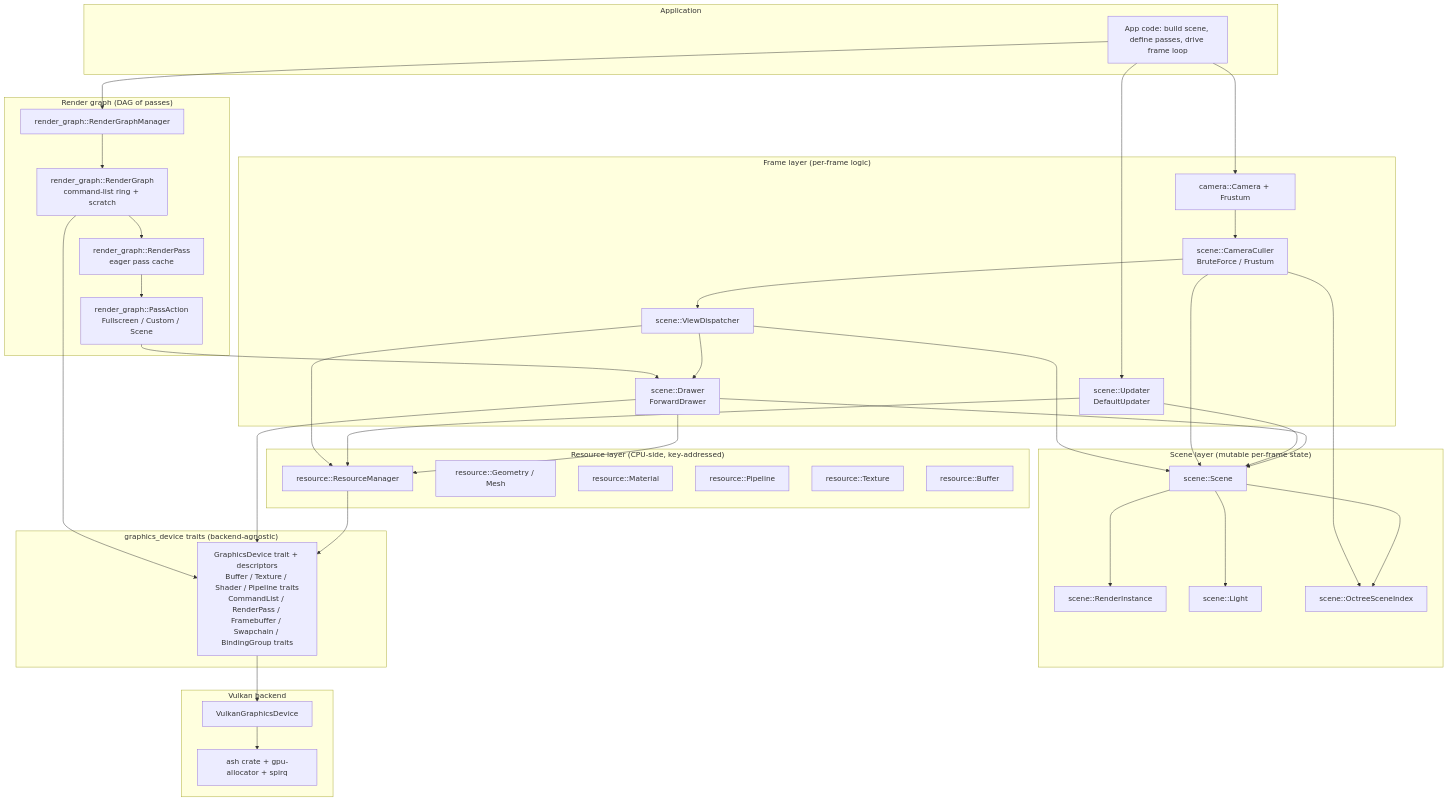
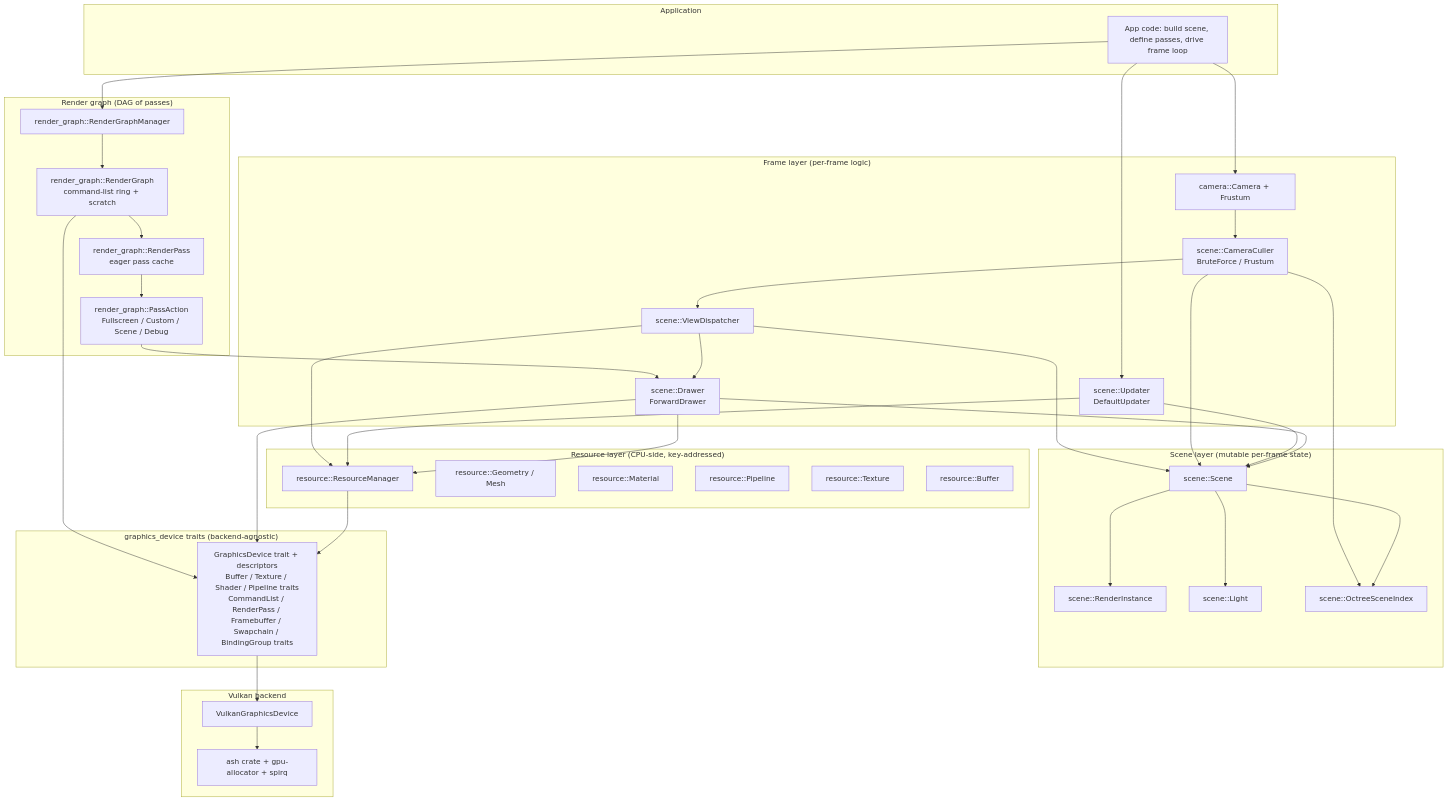
One commit to SebGiv/galaxy_3d_engine changed the first of 9 diagrams in doc/galaxy3d_engine_architecture.md. Above: the diagram before and after it, drawn with Mermaid. The commit also changed other lines of this file and 11 other files, not shown here.

````diff
--- a/doc/galaxy3d_engine_architecture.md
+++ b/doc/galaxy3d_engine_architecture.md
@@ -64,73 +64,73 @@
 ```mermaid
 graph TB
     subgraph App["Application"]
         AppCode[App code: build scene, define passes, drive frame loop]
     end
 
     subgraph Frame["Frame layer (per-frame logic)"]
         Camera[camera::Camera + Frustum]
         Culler[scene::CameraCuller<br/>BruteForce / Frustum]
         Dispatcher[scene::ViewDispatcher]
         Drawer[scene::Drawer<br/>ForwardDrawer]
         Updater[scene::Updater<br/>DefaultUpdater]
     end
 
     subgraph Graph["Render graph (DAG of passes)"]
         RGM[render_graph::RenderGraphManager]
         RG[render_graph::RenderGraph<br/>command-list ring + scratch]
         RP[render_graph::RenderPass<br/>eager pass cache]
-        Action[render_graph::PassAction<br/>Fullscreen / Custom / Scene]
+        Action[render_graph::PassAction<br/>Fullscreen / Custom / Scene / Debug]
     end
 
     subgraph Resource["Resource layer (CPU-side, key-addressed)"]
         RM[resource::ResourceManager]
         Geometry[resource::Geometry / Mesh]
         Material[resource::Material]
         Pipeline[resource::Pipeline]
         Texture[resource::Texture]
         Buffer[resource::Buffer]
     end
 
     subgraph Scene["Scene layer (mutable per-frame state)"]
         SceneT[scene::Scene]
         RI[scene::RenderInstance]
         Light[scene::Light]
         Octree[scene::OctreeSceneIndex]
     end
 
     subgraph GD["graphics_device traits (backend-agnostic)"]
         GDT[GraphicsDevice trait + descriptors<br/>Buffer / Texture / Shader / Pipeline traits<br/>CommandList / RenderPass / Framebuffer / Swapchain / BindingGroup traits]
     end
 
     subgraph Vulkan["Vulkan backend"]
         VGD[VulkanGraphicsDevice]
         VK[ash crate + gpu-allocator + spirq]
     end
 
     AppCode --> Camera
     AppCode --> Updater
     AppCode --> RGM
     Camera --> Culler
     Culler --> Dispatcher
     Dispatcher --> Drawer
     RGM --> RG
     RG --> RP
     RP --> Action
     Action --> Drawer
     Drawer --> RM
     Drawer --> SceneT
     Updater --> SceneT
     Updater --> RM
     SceneT --> RI
     SceneT --> Light
     SceneT --> Octree
     Culler --> SceneT
     Culler --> Octree
     Dispatcher --> SceneT
     Dispatcher --> RM
     RM --> GDT
     Drawer --> GDT
     RG --> GDT
     GDT --> VGD
     VGD --> VK
 ```
````
